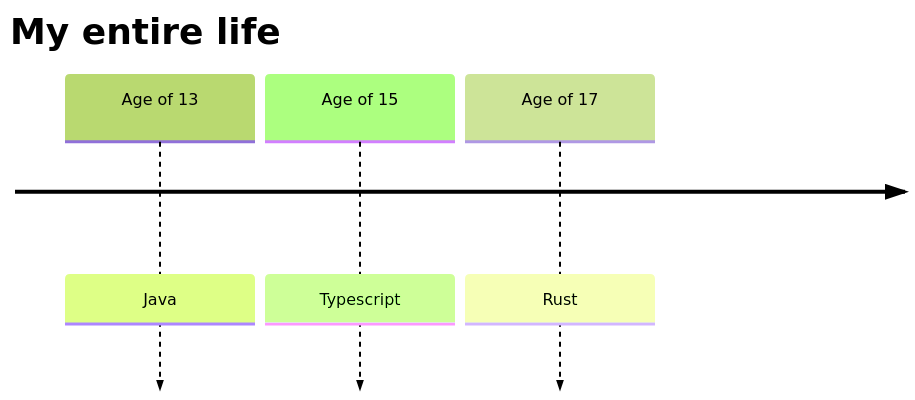
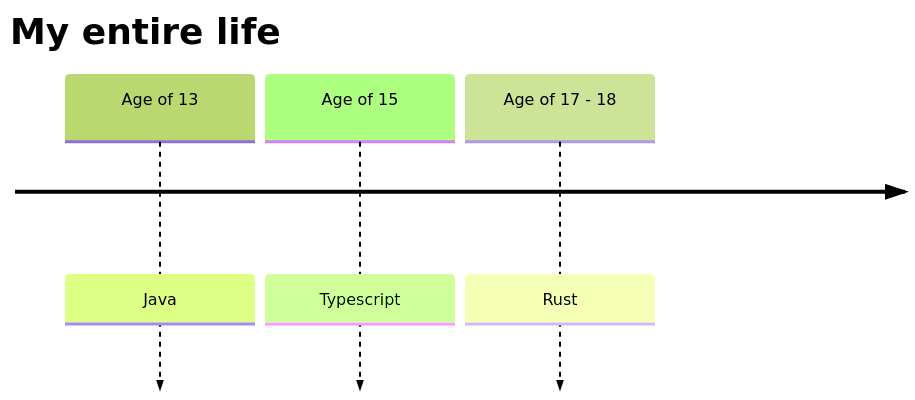
Before and after one commit to Sandro642/Sandro642: the first of 2 diagrams in README.md, drawn with Mermaid (forest theme).

````diff
--- a/README.md
+++ b/README.md
@@ -4,7 +4,7 @@
 ```mermaid
 timeline
 title My entire life
 Age of 13 : Java
 Age of 15 : Typescript
-Age of 17 : Rust
+Age of 17 - 18 : Rust
 ```
````
